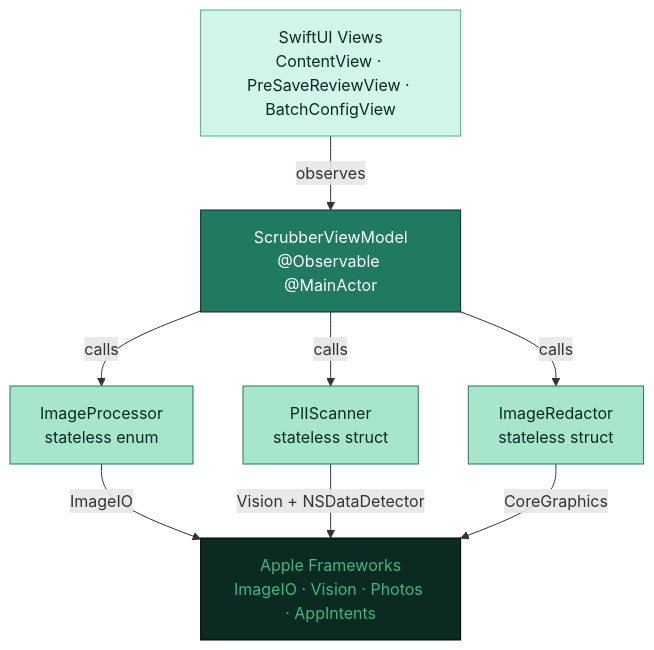
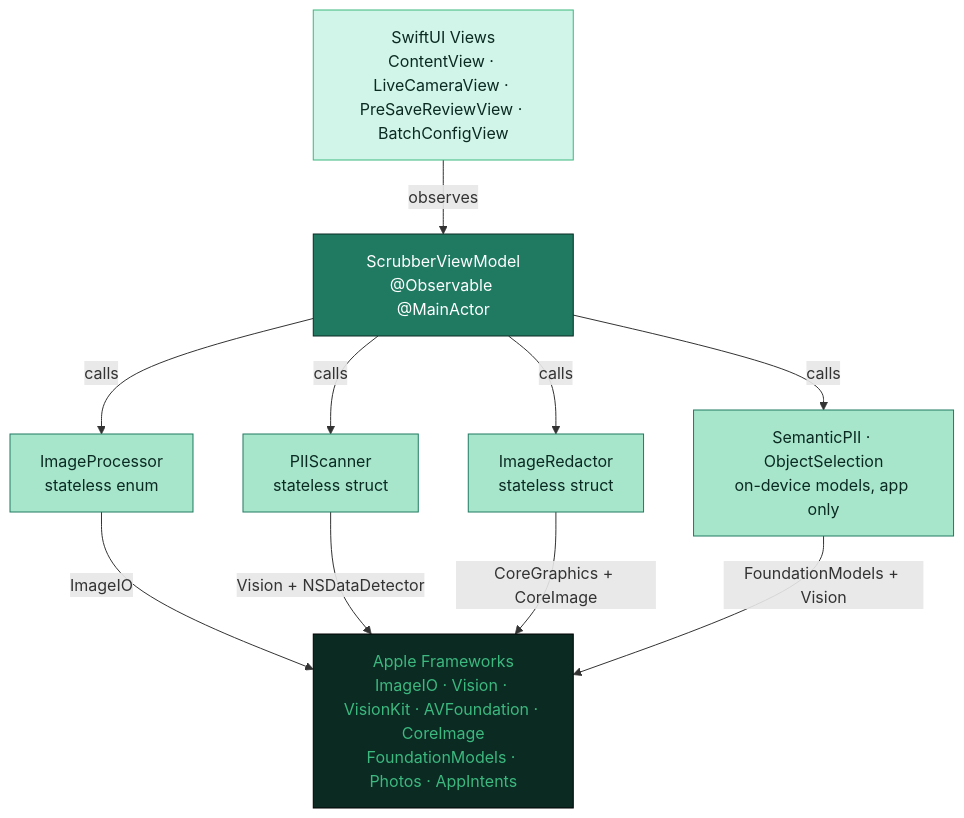
Before and after one commit to northcutted/picstrip: the diagram in README.md, drawn with Mermaid. The commit also changed other lines of this file and 3 other files, not shown here.

````diff
--- a/README.md
+++ b/README.md
@@ -71,20 +66,22 @@
 ```mermaid
 graph TD
-    A["SwiftUI Views\nContentView · PreSaveReviewView · BatchConfigView"] -->|observes| B["ScrubberViewModel\n@Observable @MainActor"]
+    A["SwiftUI Views\nContentView · LiveCameraView · PreSaveReviewView · BatchConfigView"] -->|observes| B["ScrubberViewModel\n@Observable @MainActor"]
     B -->|calls| C["ImageProcessor\nstateless enum"]
     B -->|calls| D["PIIScanner\nstateless struct"]
     B -->|calls| E["ImageRedactor\nstateless struct"]
-    C -->|ImageIO| F["Apple Frameworks\nImageIO · Vision · Photos · AppIntents"]
+    B -->|calls| G["SemanticPII · ObjectSelection\non-device models, app only"]
+    C -->|ImageIO| F["Apple Frameworks\nImageIO · Vision · VisionKit · AVFoundation · CoreImage\nFoundationModels · Photos · AppIntents"]
     D -->|Vision + NSDataDetector| F
-    E -->|CoreGraphics| F
+    E -->|CoreGraphics + CoreImage| F
+    G -->|FoundationModels + Vision| F
 
     classDef views   fill:#d1f5e8,stroke:#3db87f,color:#0a2a22
     classDef vm      fill:#1f7a61,stroke:#0a2a22,color:#ffffff
     classDef service fill:#a8e6cc,stroke:#1f7a61,color:#0a2a22
     classDef system  fill:#0a2a22,stroke:#000000,color:#3db87f
 
     class A views
     class B vm
-    class C,D,E service
+    class C,D,E,G service
     class F system
 ```
````
